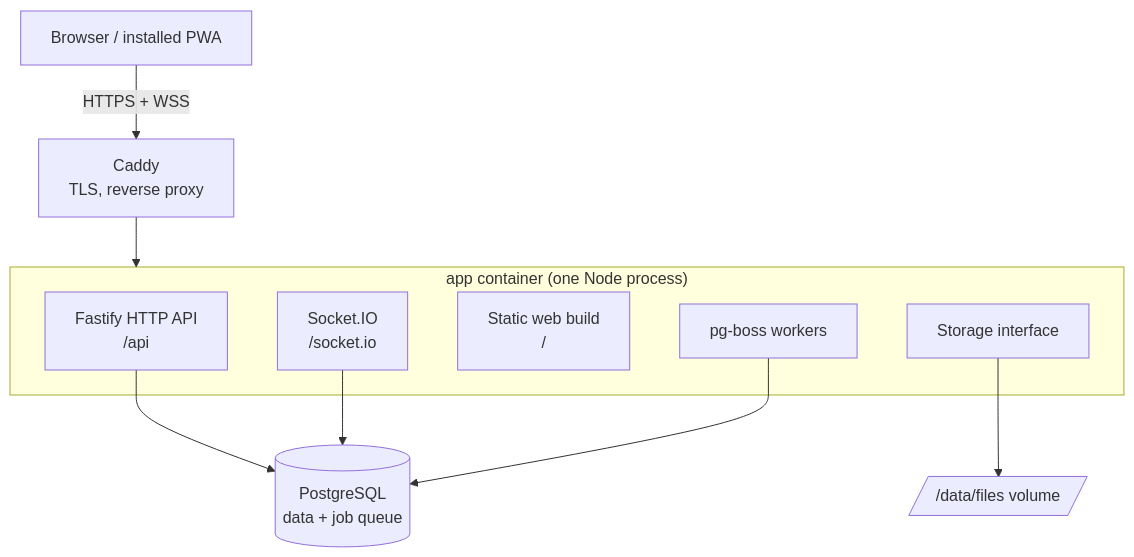
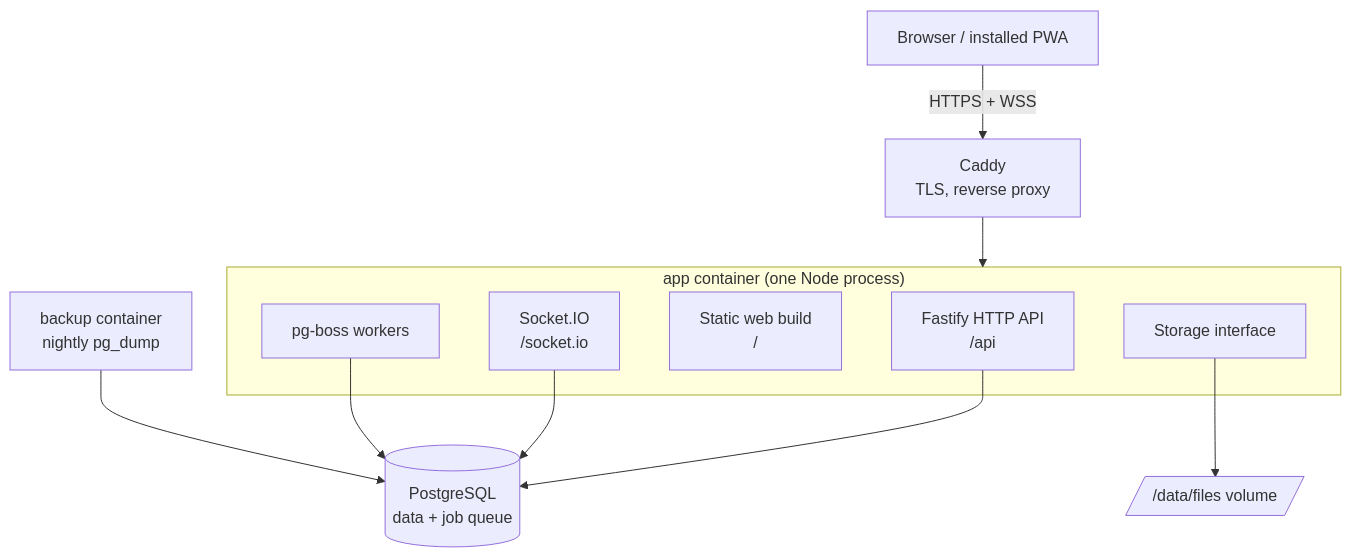
Before and after one commit to Trayvor/spolu: the diagram in docs/architecture/overview.md, drawn with Mermaid. The commit also changed other lines of this file and 11 other files, not shown here.

Commit message:
docs: fix Phase 1 plan, deploy layout, roadmap anchors and KB consistency

````diff
--- a/docs/architecture/overview.md
+++ b/docs/architecture/overview.md
@@ -5,16 +5,17 @@
 ```mermaid
 flowchart TD
     B["Browser / installed PWA"] -->|"HTTPS + WSS"| C["Caddy<br/>TLS, reverse proxy"]
     C --> A
     subgraph A["app container (one Node process)"]
         API["Fastify HTTP API<br/>/api"]
         WS["Socket.IO<br/>/socket.io"]
         WEB["Static web build<br/>/"]
         W["pg-boss workers"]
         S["Storage interface"]
     end
     API --> P[("PostgreSQL<br/>data + job queue")]
     WS --> P
     W --> P
     S --> D[/"/data/files volume"/]
+    K["backup container<br/>nightly pg_dump"] --> P
 ```
````
